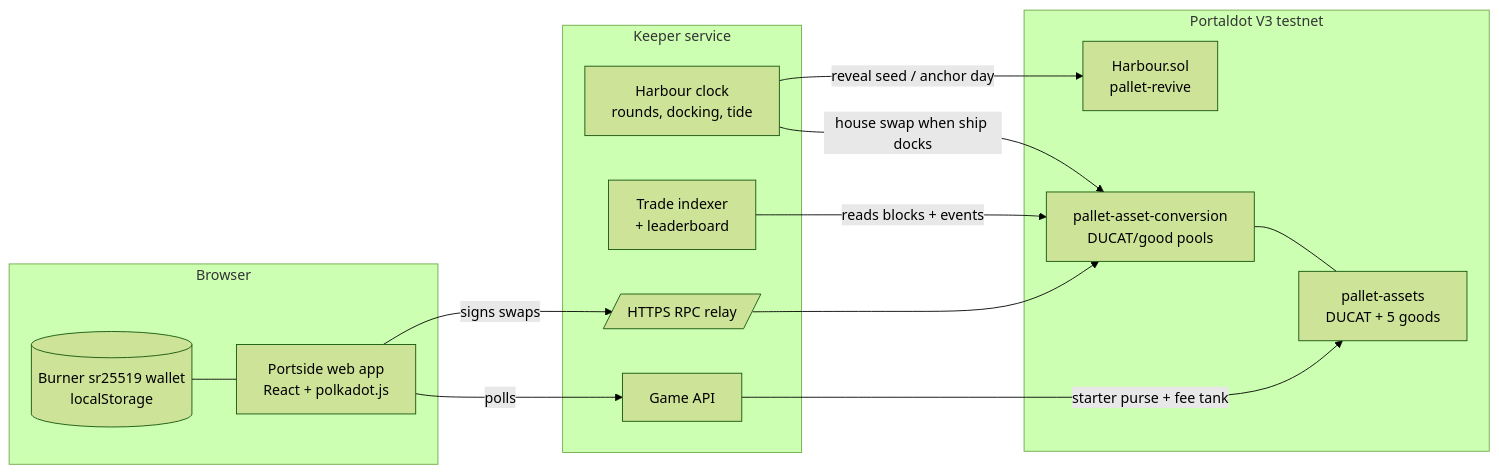
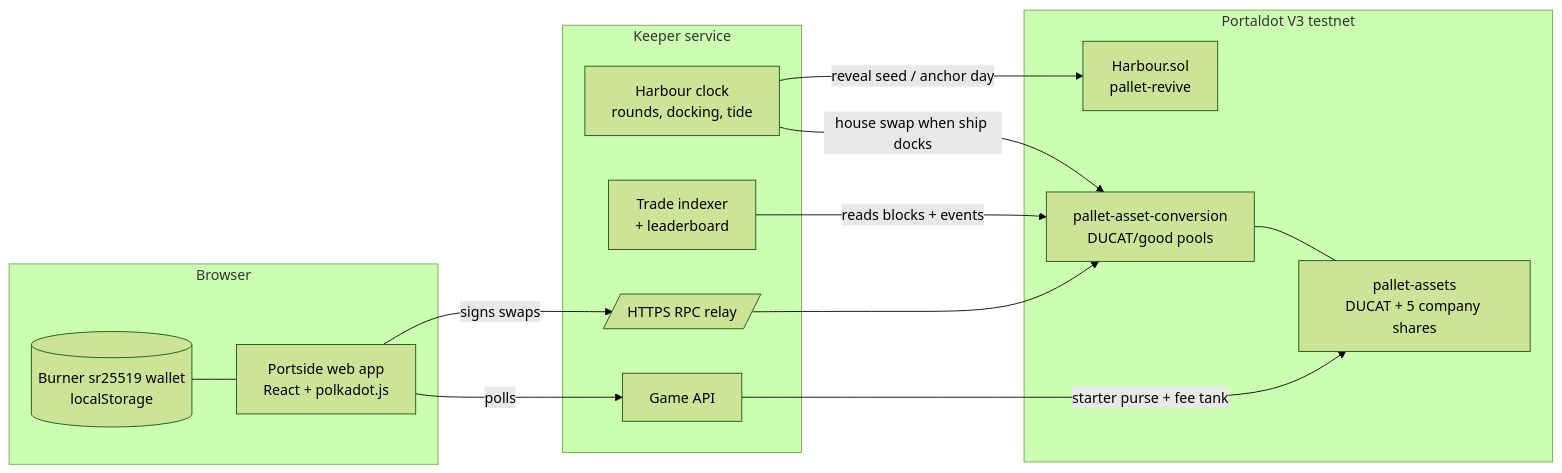
One commit to neromtoobad/portside changed the diagram in README.md. Above: the diagram before and after it, drawn with Mermaid (forest theme). The commit also changed other lines of this file and 11 other files, not shown here.

First line of the commit message:
Trade shares in five harbour trading companies instead of goods

````diff
--- a/README.md
+++ b/README.md
@@ -23,26 +25,26 @@
 ```mermaid
 flowchart LR
   subgraph Browser
     W[Portside web app<br/>React + polkadot.js]
     K[(Burner sr25519 wallet<br/>localStorage)]
   end
   subgraph Keeper[Keeper service]
     C[Harbour clock<br/>rounds, docking, tide]
     I[Trade indexer<br/>+ leaderboard]
     R[/HTTPS RPC relay/]
     A[Game API]
   end
   subgraph Portaldot[Portaldot V3 testnet]
-    AS[pallet-assets<br/>DUCAT + 5 goods]
+    AS[pallet-assets<br/>DUCAT + 5 company shares]
     DEX[pallet-asset-conversion<br/>DUCAT/good pools]
     H[Harbour.sol<br/>pallet-revive]
   end
   W -- signs swaps --> R --> DEX
   K --- W
   W -- polls --> A
   C -- reveal seed / anchor day --> H
   C -- house swap when ship docks --> DEX
   I -- reads blocks + events --> DEX
   A -- starter purse + fee tank --> AS
   DEX --- AS
 ```
````
